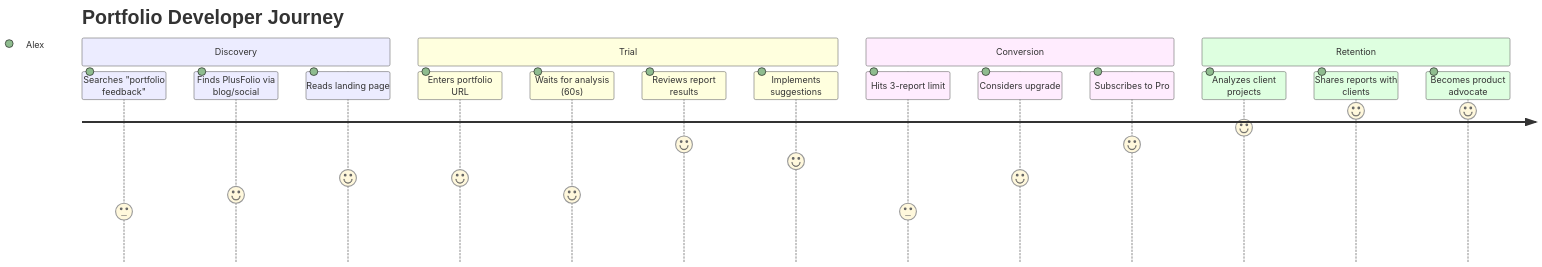
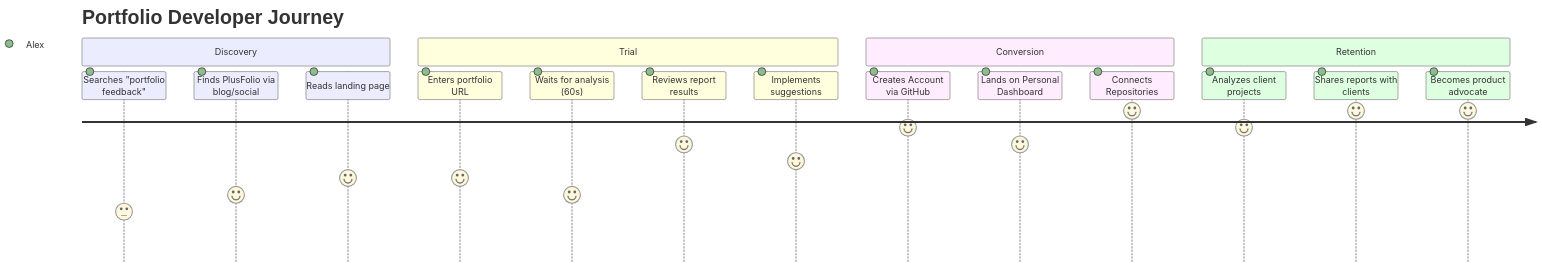
Before and after one commit to Waisnu/plusfolio: the second of 18 diagrams in docs/businessflow.md, drawn with Mermaid. The commit also changed other lines of this file and 19 other files, not shown here.

````diff
--- a/docs/businessflow.md
+++ b/docs/businessflow.md
@@ -50,21 +51,21 @@
 ```mermaid
 journey
     title Portfolio Developer Journey
     section Discovery
       Searches "portfolio feedback"           : 3: Alex
       Finds PlusFolio via blog/social        : 4: Alex
       Reads landing page                      : 5: Alex
     section Trial
       Enters portfolio URL                    : 5: Alex
       Waits for analysis (60s)               : 4: Alex
       Reviews report results                  : 7: Alex
       Implements suggestions                  : 6: Alex
     section Conversion
-      Hits 3-report limit                    : 3: Alex
-      Considers upgrade                       : 5: Alex
-      Subscribes to Pro                       : 7: Alex
+      Creates Account via GitHub              : 8: Alex
+      Lands on Personal Dashboard             : 7: Alex
+      Connects Repositories                 : 9: Alex
     section Retention
       Analyzes client projects                : 8: Alex
       Shares reports with clients             : 9: Alex
       Becomes product advocate                : 9: Alex
 ```
````
